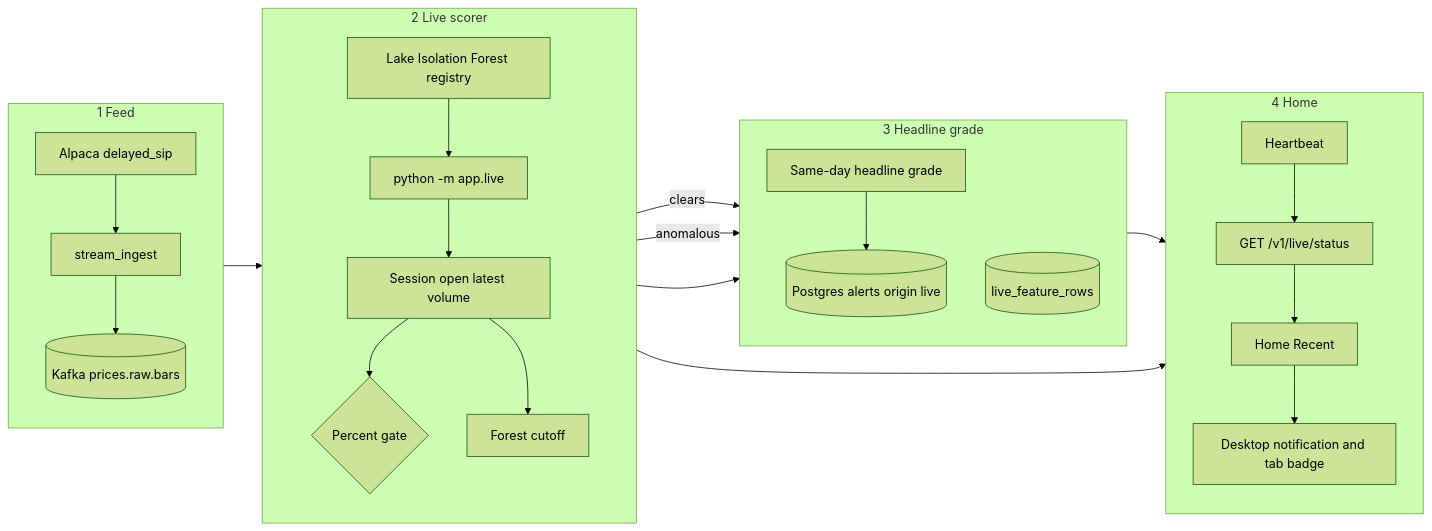
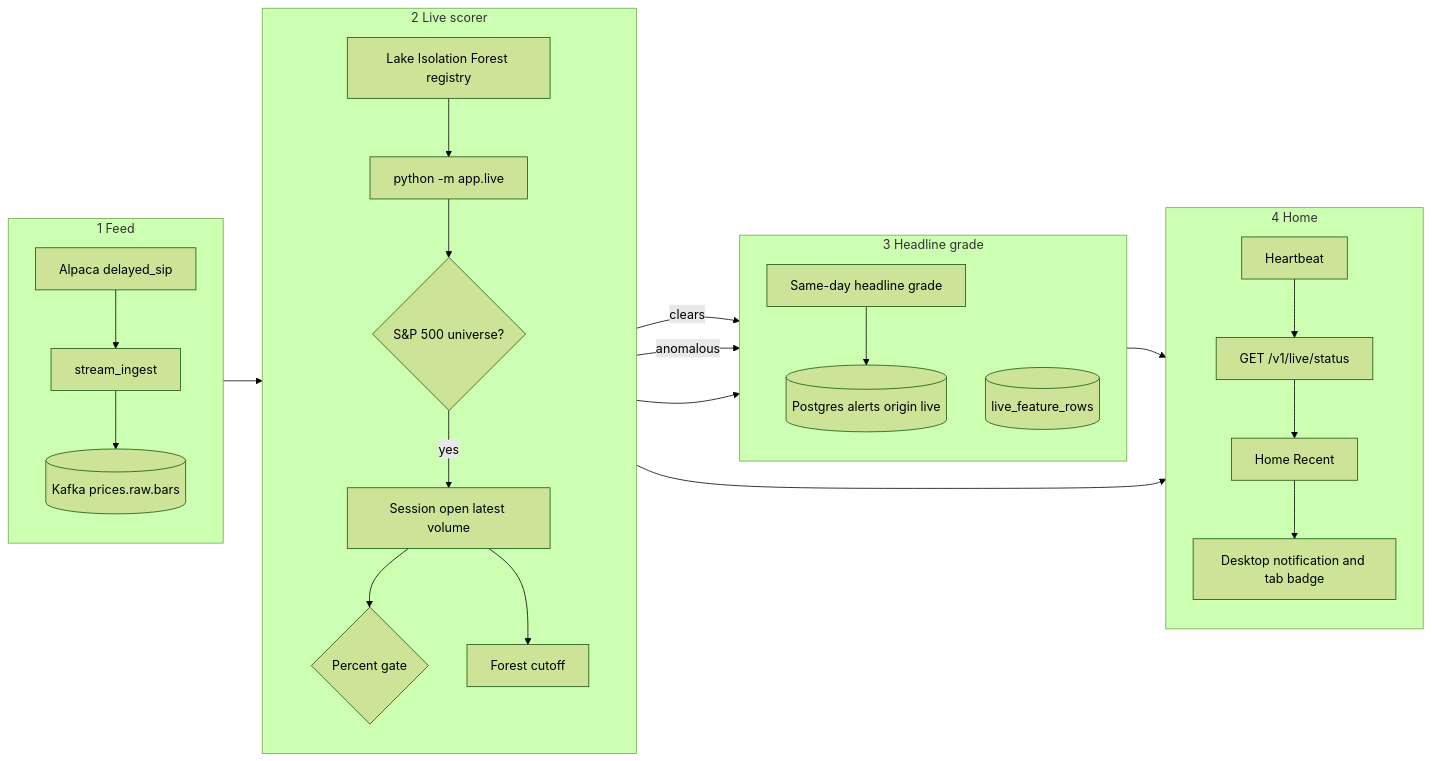
Before and after one commit to sameerde4/ticker-alert-system: the third of 10 diagrams in docs/architecture.md, drawn with Mermaid (forest theme). The commit also changed other lines of this file and 5 other files, not shown here.

First line of the commit message:
Document live universe, metric tiles, lake refresh, and citation links.

````diff
--- a/docs/architecture.md
+++ b/docs/architecture.md
@@ -242,34 +243,35 @@
 ```mermaid
 flowchart LR
     subgraph feed [1 Feed]
         direction TB
         ALP[Alpaca delayed_sip] --> PROD[stream_ingest]
         PROD --> TOPIC[(Kafka prices.raw.bars)]
     end
 
     subgraph score [2 Live scorer]
         direction TB
         TOPIC --> LIVE[python -m app.live]
+        LIVE --> UNI{S&P 500 universe?}
         REG[Lake Isolation Forest registry] --> LIVE
-        LIVE --> BOOK[Session open latest volume]
+        UNI -->|yes| BOOK[Session open latest volume]
         BOOK --> RULE2{Percent gate}
         BOOK --> FOREST[Forest cutoff]
     end
 
     subgraph join [3 Headline grade]
         direction TB
         RULE2 -->|clears| NEWSU[Same-day headline grade]
         FOREST -->|anomalous| NEWSU
         NEWSU --> PG[(Postgres alerts origin live)]
         FOREST --> FEAT[(live_feature_rows)]
     end
 
     subgraph ui [4 Home]
         direction TB
         LIVE --> BEAT[Heartbeat]
         BEAT --> API[GET /v1/live/status]
         PG --> UI2[Home Recent]
         API --> UI2
         UI2 --> NOTE2[Desktop notification and tab badge]
     end
 ```
````
